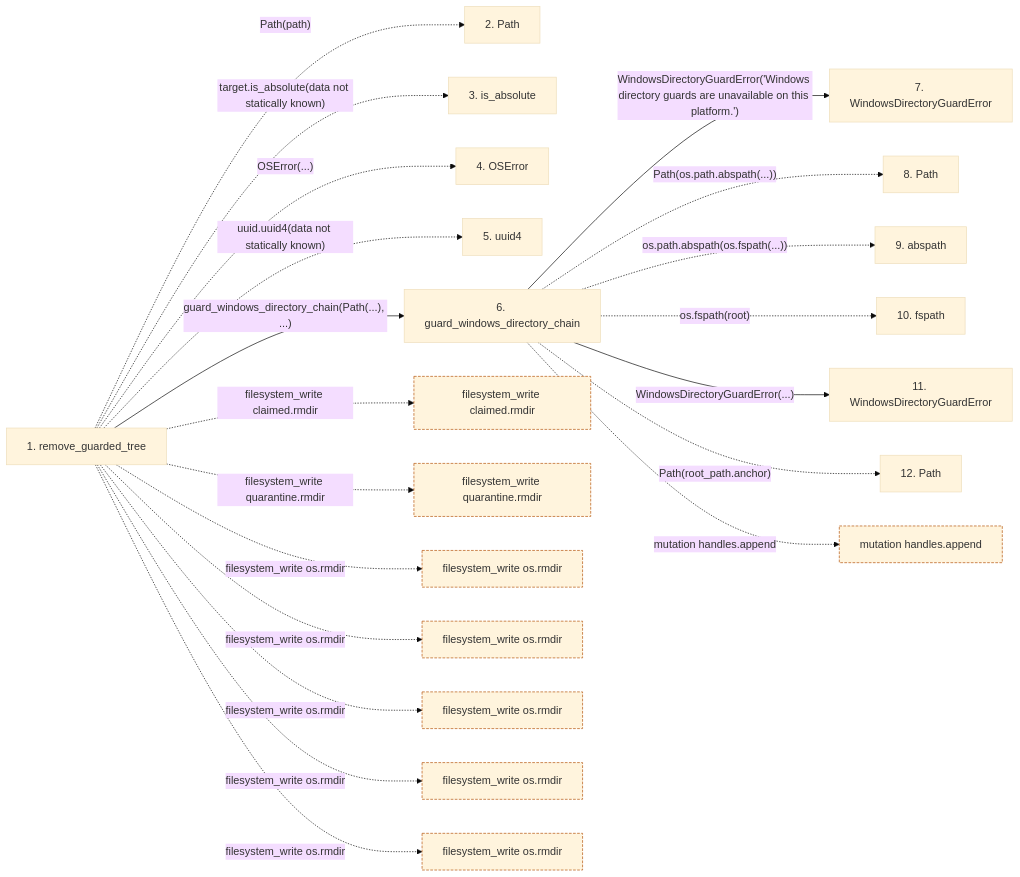
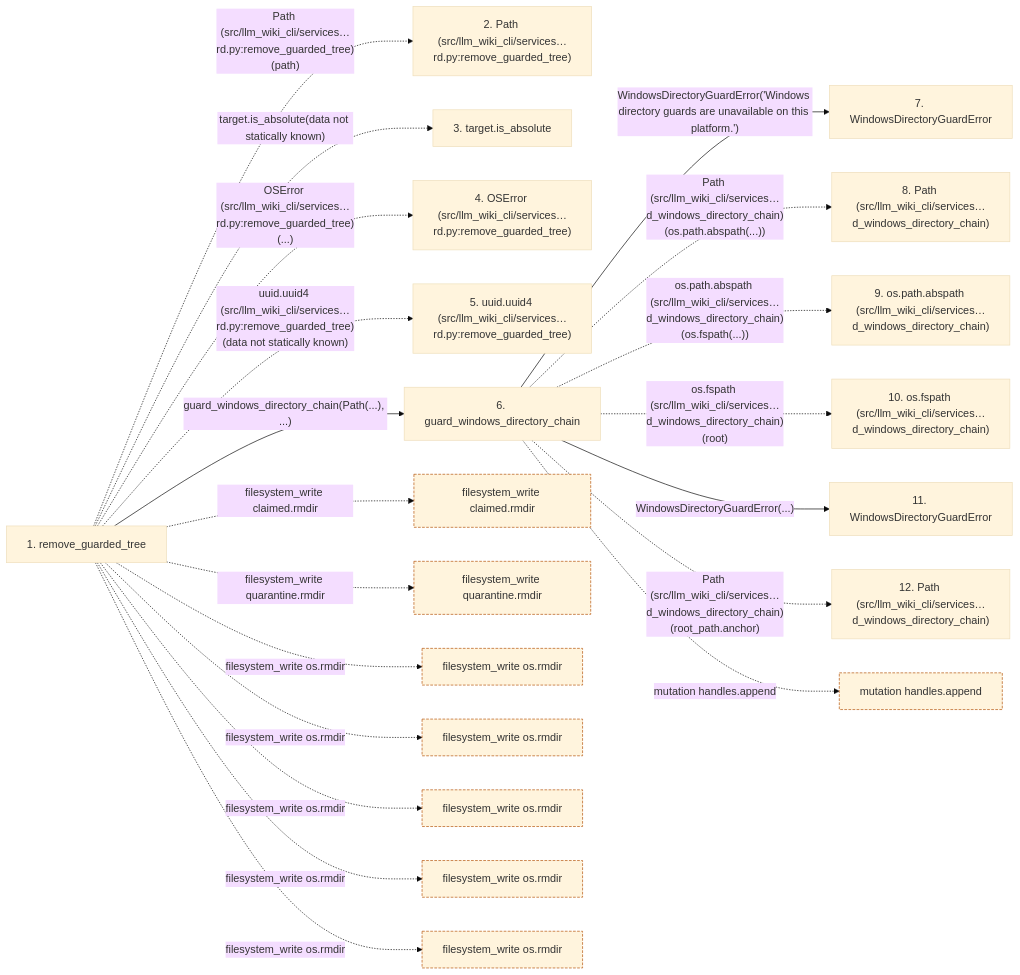
The second of 2 diagrams in docs/llm_wiki/flows/api-remove_guarded_tree.md (Denissvgn/python-wiki-llm), drawn with Mermaid (base theme) before and after one commit. The commit also changed other lines of this file and 719 other files, not shown here.

````diff
--- a/docs/llm_wiki/flows/api-remove_guarded_tree.md
+++ b/docs/llm_wiki/flows/api-remove_guarded_tree.md
@@ -71,55 +74,55 @@
 ```mermaid
 flowchart LR
     s1["1. remove_guarded_tree"]
-    s2["2. Path"]
-    s3["3. is_absolute"]
-    s4["4. OSError"]
-    s5["5. uuid4"]
+    s2["2. Path (src/llm_wiki_cli/services…rd.py:remove_guarded_tree)"]
+    s3["3. target.is_absolute"]
+    s4["4. OSError (src/llm_wiki_cli/services…rd.py:remove_guarded_tree)"]
+    s5["5. uuid.uuid4 (src/llm_wiki_cli/services…rd.py:remove_guarded_tree)"]
     s6["6. guard_windows_directory_chain"]
     s7["7. WindowsDirectoryGuardError"]
-    s8["8. Path"]
-    s9["9. abspath"]
-    s10["10. fspath"]
+    s8["8. Path (src/llm_wiki_cli/services…d_windows_directory_chain)"]
+    s9["9. os.path.abspath (src/llm_wiki_cli/services…d_windows_directory_chain)"]
+    s10["10. os.fspath (src/llm_wiki_cli/services…d_windows_directory_chain)"]
     s11["11. WindowsDirectoryGuardError"]
-    s12["12. Path"]
-    s1 -. "Path(path)" .-> s2
+    s12["12. Path (src/llm_wiki_cli/services…d_windows_directory_chain)"]
+    s1 -. "Path (src/llm_wiki_cli/services…rd.py:remove_guarded_tree)(path)" .-> s2
     s1 -. "target.is_absolute(data not statically known)" .-> s3
-    s1 -. "OSError(...)" .-> s4
-    s1 -. "uuid.uuid4(data not statically known)" .-> s5
+    s1 -. "OSError (src/llm_wiki_cli/services…rd.py:remove_guarded_tree)(...)" .-> s4
+    s1 -. "uuid.uuid4 (src/llm_wiki_cli/services…rd.py:remove_guarded_tree)(data not statically known)" .-> s5
     s1 -->|"guard_windows_directory_chain(Path(...), ...)"| s6
     s6 -->|"WindowsDirectoryGuardError('Windows directory guards are unavailable on this platform.')"| s7
-    s6 -. "Path(os.path.abspath(...))" .-> s8
-    s6 -. "os.path.abspath(os.fspath(...))" .-> s9
-    s6 -. "os.fspath(root)" .-> s10
+    s6 -. "Path (src/llm_wiki_cli/services…d_windows_directory_chain)(os.path.abspath(...))" .-> s8
+    s6 -. "os.path.abspath (src/llm_wiki_cli/services…d_windows_directory_chain)(os.fspath(...))" .-> s9
+    s6 -. "os.fspath (src/llm_wiki_cli/services…d_windows_directory_chain)(root)" .-> s10
     s6 -->|"WindowsDirectoryGuardError(...)"| s11
-    s6 -. "Path(root_path.anchor)" .-> s12
+    s6 -. "Path (src/llm_wiki_cli/services…d_windows_directory_chain)(root_path.anchor)" .-> s12
     b0["filesystem_write claimed.rmdir"]
     s1 -. "filesystem_write claimed.rmdir" .-> b0
     b1["filesystem_write quarantine.rmdir"]
     s1 -. "filesystem_write quarantine.rmdir" .-> b1
     b2["filesystem_write os.rmdir"]
     s1 -. "filesystem_write os.rmdir" .-> b2
     b3["filesystem_write os.rmdir"]
     s1 -. "filesystem_write os.rmdir" .-> b3
     b4["filesystem_write os.rmdir"]
     s1 -. "filesystem_write os.rmdir" .-> b4
     b5["filesystem_write os.rmdir"]
     s1 -. "filesystem_write os.rmdir" .-> b5
     b6["filesystem_write os.rmdir"]
     s1 -. "filesystem_write os.rmdir" .-> b6
     b7["mutation handles.append"]
     s6 -. "mutation handles.append" .-> b7
     click s1 "../modules/filesystem_guard.md"
     click s6 "../modules/filesystem_guard.md"
     click s7 "../modules/filesystem_guard.md"
     click s11 "../modules/filesystem_guard.md"
     classDef boundary stroke:#b45309,stroke-dasharray: 4 2
     class b0 boundary
     class b1 boundary
     class b2 boundary
     class b3 boundary
     class b4 boundary
     class b5 boundary
     class b6 boundary
     class b7 boundary
 ```
````
